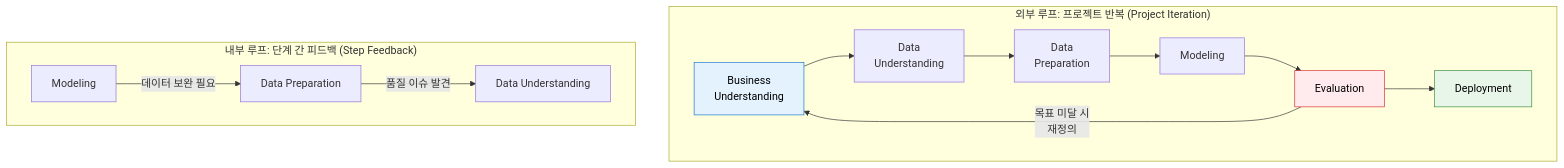
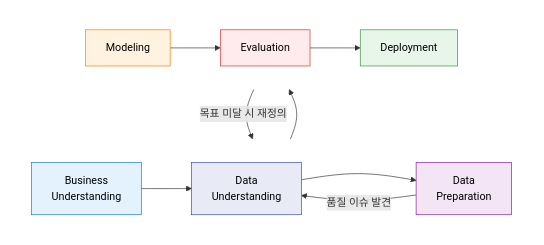
One commit to jeonck/fw-thinking changed the third of 3 diagrams in docs/07-data-ai-governance/crisp-dm.md. Above: the diagram before and after it, drawn with Mermaid.

Commit message:
CRISP-DM 반복 메커니즘 다이어그램 2행(3+3) 구조로 변경

````diff
--- a/docs/07-data-ai-governance/crisp-dm.md
+++ b/docs/07-data-ai-governance/crisp-dm.md
@@ -65,22 +65,24 @@
 ```mermaid
 flowchart TD
-    subgraph OUTER["외부 루프: 프로젝트 반복 (Project Iteration)"]
+    subgraph ROW1["　"]
         direction LR
-        BU["Business<br/>Understanding"] --> DU["Data<br/>Understanding"]
-        DU --> DP["Data<br/>Preparation"]
-        DP --> MOD["Modeling"]
-        MOD --> EVAL["Evaluation"]
-        EVAL --> DEP["Deployment"]
-        EVAL -->|"목표 미달 시<br/>재정의"| BU
+        BU["Business<br/>Understanding"] --> DU["Data<br/>Understanding"] --> DP["Data<br/>Preparation"]
+    end
+    subgraph ROW2["　"]
+        direction LR
+        MOD["Modeling"] --> EVAL["Evaluation"] --> DEP["Deployment"]
     end
 
-    subgraph INNER["내부 루프: 단계 간 피드백 (Step Feedback)"]
-        direction LR
-        DP2["Data Preparation"] -->|"품질 이슈 발견"| DU2["Data Understanding"]
-        MOD2["Modeling"] -->|"데이터 보완 필요"| DP2
-    end
+    DP --> MOD
+    EVAL -->|"목표 미달 시 재정의"| BU
+    DP -->|"품질 이슈 발견"| DU
 
-    style BU  fill:#E3F2FD,stroke:#1976D2,color:#000
+    style BU   fill:#E3F2FD,stroke:#1976D2,color:#000
+    style DU   fill:#E8EAF6,stroke:#3949AB,color:#000
+    style DP   fill:#F3E5F5,stroke:#7B1FA2,color:#000
+    style MOD  fill:#FFF3E0,stroke:#F57C00,color:#000
     style EVAL fill:#FFEBEE,stroke:#D32F2F,color:#000
-    style DEP fill:#E8F5E9,stroke:#388E3C,color:#000
+    style DEP  fill:#E8F5E9,stroke:#388E3C,color:#000
+    style ROW1 fill:none,stroke:none
+    style ROW2 fill:none,stroke:none
 ```
````
